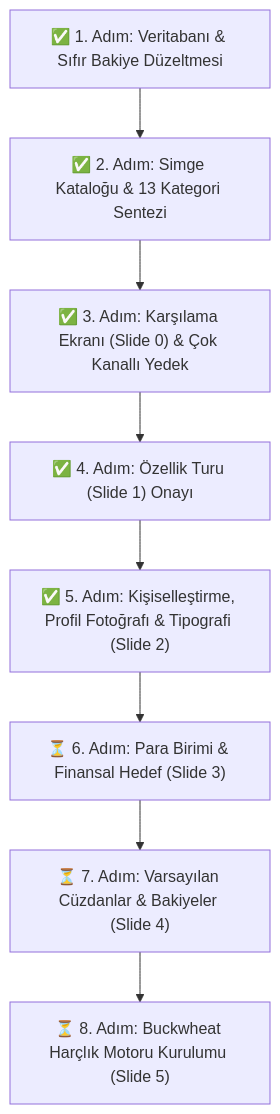
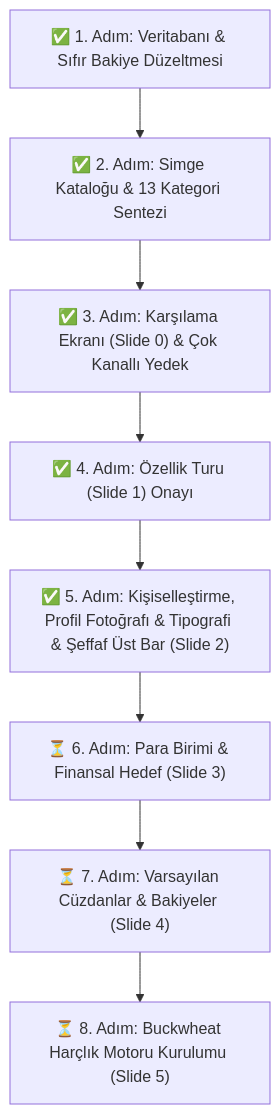
Before and after one commit to mehmetsensoyme/TrioTrack: the third of 3 diagrams in DOCUMENTATION.md, drawn with Mermaid. The commit also changed other lines of this file and 1 other file, not shown here.

Commit message:
feat(onboarding): apply transparent floating top bar with stable bottom bar

````diff
--- a/DOCUMENTATION.md
+++ b/DOCUMENTATION.md
@@ -201,13 +202,13 @@
 ```mermaid
 flowchart TD
     Step1["✅ 1. Adım: Veritabanı & Sıfır Bakiye Düzeltmesi"]
     Step2["✅ 2. Adım: Simge Kataloğu & 13 Kategori Sentezi"]
     Step3["✅ 3. Adım: Karşılama Ekranı (Slide 0) & Çok Kanallı Yedek"]
     Step4["✅ 4. Adım: Özellik Turu (Slide 1) Onayı"]
-    Step5["✅ 5. Adım: Kişiselleştirme, Profil Fotoğrafı & Tipografi (Slide 2)"]
+    Step5["✅ 5. Adım: Kişiselleştirme, Profil Fotoğrafı & Tipografi & Şeffaf Üst Bar (Slide 2)"]
     Step6["⏳ 6. Adım: Para Birimi & Finansal Hedef (Slide 3)"]
     Step7["⏳ 7. Adım: Varsayılan Cüzdanlar & Bakiyeler (Slide 4)"]
     Step8["⏳ 8. Adım: Buckwheat Harçlık Motoru Kurulumu (Slide 5)"]
     
     Step1 --> Step2 --> Step3 --> Step4 --> Step5 --> Step6 --> Step7 --> Step8
 ```
````
